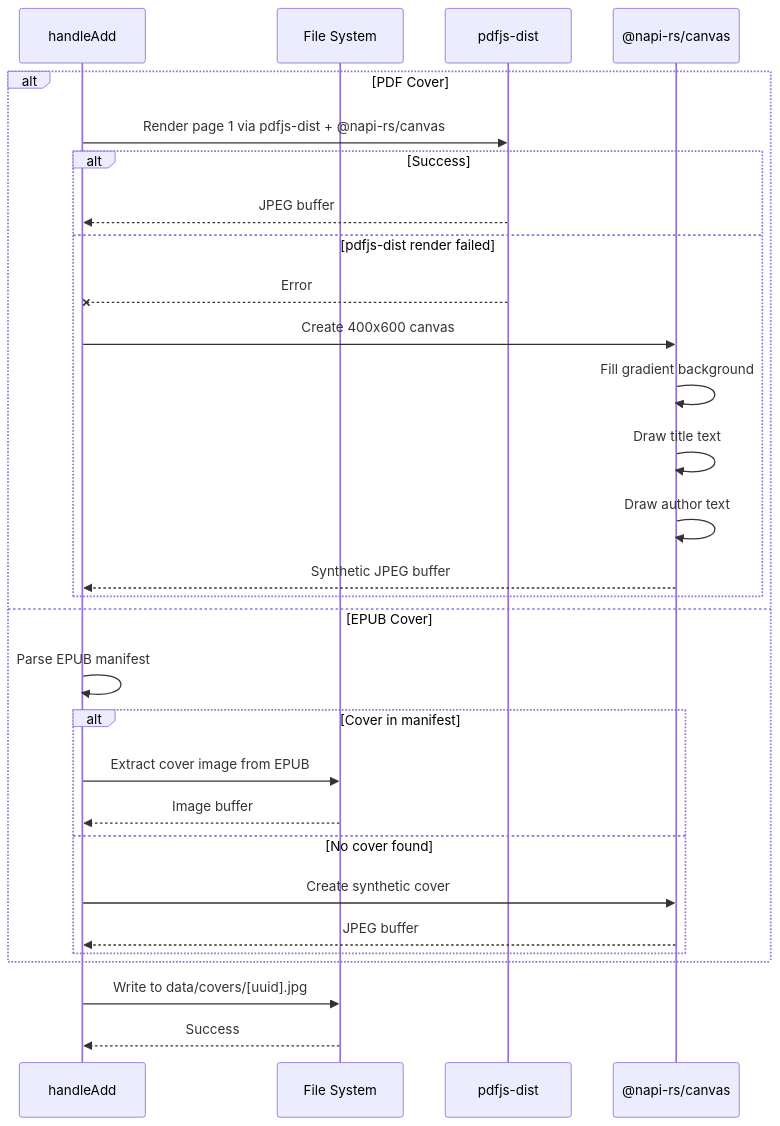
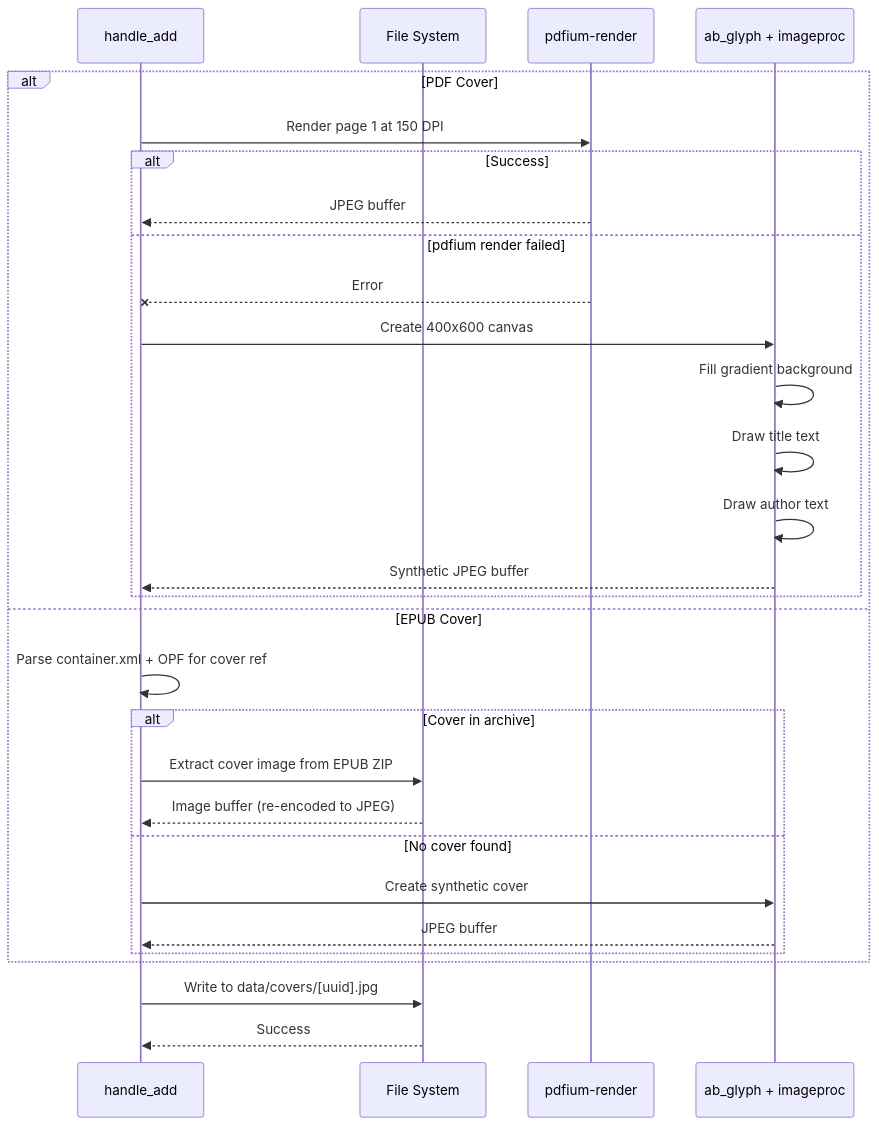
The eighth of 10 diagrams in docs/design/sequence-diagrams.md (jamesacklin/alex), drawn with Mermaid before and after one commit. The commit also changed other lines of this file and 3 other files, not shown here.

First line of the commit message:
docs: Update architecture documentation for Rust migration

````diff
--- a/docs/design/sequence-diagrams.md
+++ b/docs/design/sequence-diagrams.md
@@ -416,33 +416,33 @@
 ```mermaid
 sequenceDiagram
-    participant Handler as handleAdd
+    participant Handler as handle_add
     participant FS as File System
-    participant PdfJs as pdfjs-dist
-    participant Canvas as @napi-rs/canvas
+    participant Pdfium as pdfium-render
+    participant Glyph as ab_glyph + imageproc
 
     alt PDF Cover
-        Handler->>PdfJs: Render page 1 via pdfjs-dist + @napi-rs/canvas
+        Handler->>Pdfium: Render page 1 at 150 DPI
         alt Success
-            PdfJs-->>Handler: JPEG buffer
-        else pdfjs-dist render failed
-            PdfJs--xHandler: Error
-            Handler->>Canvas: Create 400x600 canvas
-            Canvas->>Canvas: Fill gradient background
-            Canvas->>Canvas: Draw title text
-            Canvas->>Canvas: Draw author text
-            Canvas-->>Handler: Synthetic JPEG buffer
+            Pdfium-->>Handler: JPEG buffer
+        else pdfium render failed
+            Pdfium--xHandler: Error
+            Handler->>Glyph: Create 400x600 canvas
+            Glyph->>Glyph: Fill gradient background
+            Glyph->>Glyph: Draw title text
+            Glyph->>Glyph: Draw author text
+            Glyph-->>Handler: Synthetic JPEG buffer
         end
     else EPUB Cover
-        Handler->>Handler: Parse EPUB manifest
-        alt Cover in manifest
-            Handler->>FS: Extract cover image from EPUB
-            FS-->>Handler: Image buffer
+        Handler->>Handler: Parse container.xml + OPF for cover ref
+        alt Cover in archive
+            Handler->>FS: Extract cover image from EPUB ZIP
+            FS-->>Handler: Image buffer (re-encoded to JPEG)
         else No cover found
-            Handler->>Canvas: Create synthetic cover
-            Canvas-->>Handler: JPEG buffer
+            Handler->>Glyph: Create synthetic cover
+            Glyph-->>Handler: JPEG buffer
         end
     end
 
     Handler->>FS: Write to data/covers/[uuid].jpg
     FS-->>Handler: Success
 ```
````
